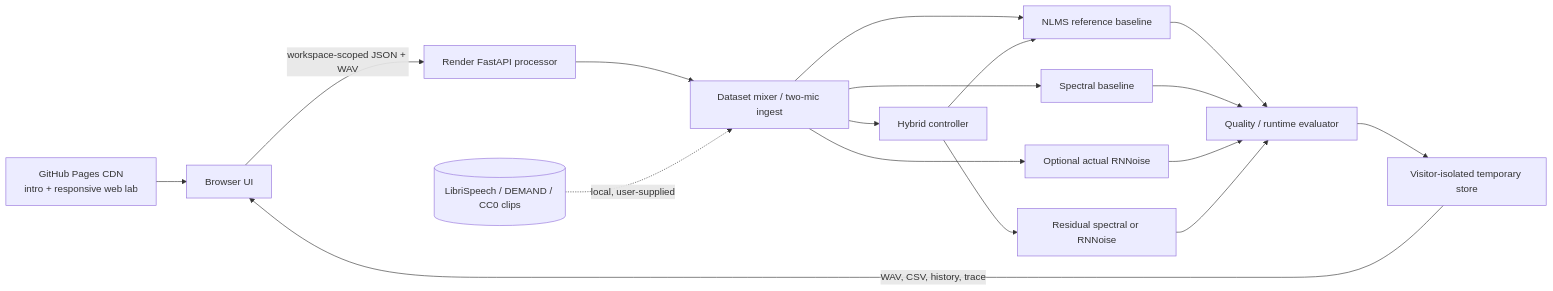
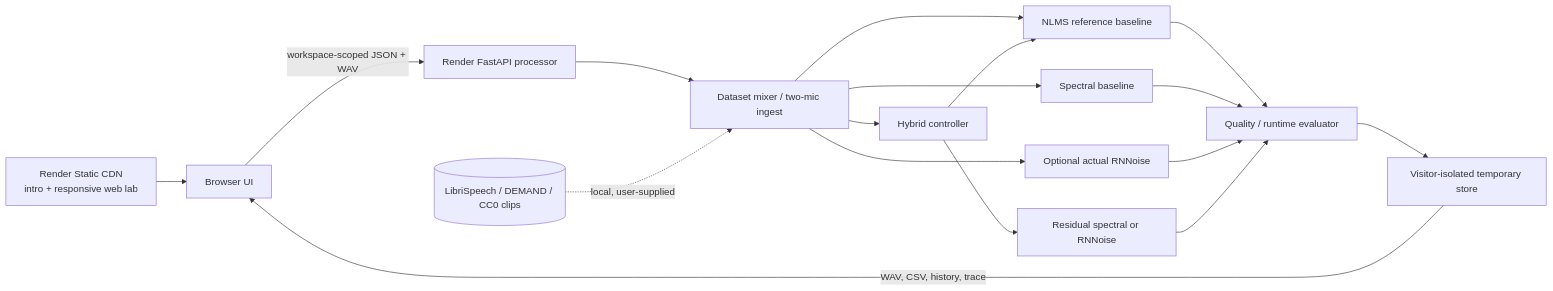
One commit to TrishulVani/trishul-vani-studio changed the diagram in README.md. Above: the diagram before and after it, drawn with Mermaid. The commit also changed other lines of this file and 18 other files, not shown here.

Commit message:
feat: host static frontend on Render CDN with mobile section tabs

````diff
--- a/README.md
+++ b/README.md
@@ -172,19 +172,19 @@
 ```mermaid
 flowchart LR
-    P[GitHub Pages CDN<br/>intro + responsive web lab] --> A[Browser UI]
+P[Render Static CDN<br/>intro + responsive web lab] --> A[Browser UI]
     A -->|workspace-scoped JSON + WAV| B[Render FastAPI processor]
     B --> C[Dataset mixer / two-mic ingest]
     C --> D[NLMS reference baseline]
     C --> E[Spectral baseline]
     C --> F[Optional actual RNNoise]
     C --> G[Hybrid controller]
     G --> D
     G --> H[Residual spectral or RNNoise]
     D --> I[Quality / runtime evaluator]
     E --> I
     F --> I
     H --> I
     I --> J[Visitor-isolated temporary store]
     J -->|WAV, CSV, history, trace| A
     K[(LibriSpeech / DEMAND / CC0 clips)] -. local, user-supplied .-> C
 ```
````
